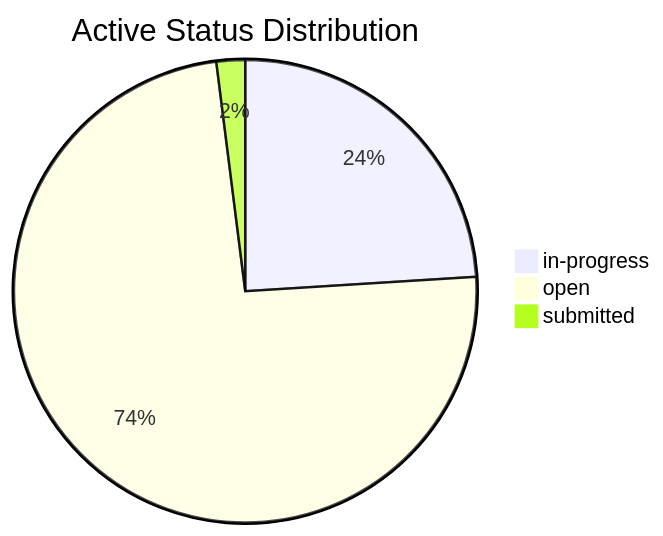
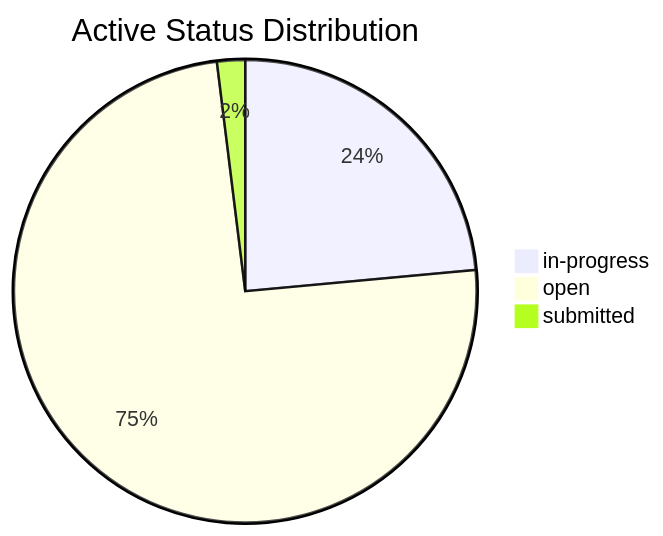
Before and after one commit to mgosal/5et.uk: the second of 3 diagrams in dashboard.md, drawn with Mermaid. The commit also changed other lines of this file and 2 other files, not shown here.

````diff
--- a/dashboard.md
+++ b/dashboard.md
@@ -112,6 +112,6 @@
 ```mermaid
 pie title Active Status Distribution
     "in-progress" : 12
-    "open" : 37
+    "open" : 38
     "submitted" : 1
 ```
````
